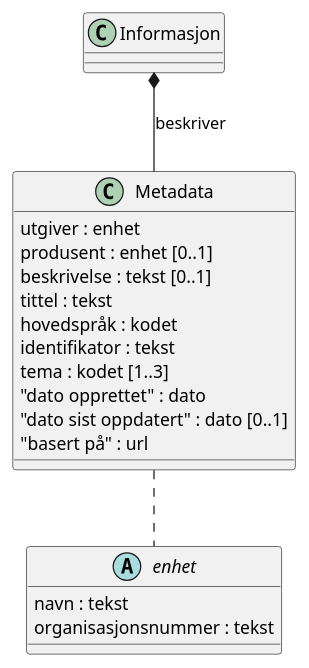
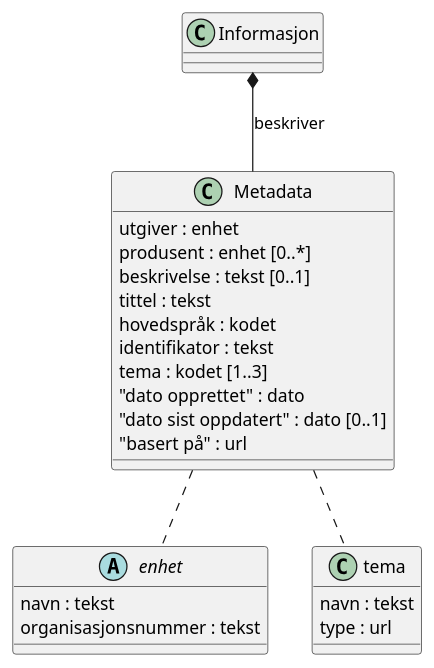
The diagram in veileder.plantuml (rockphotog/hida), drawn with PlantUML before and after one commit. The commit also changed 3 other files, not shown here.

```diff
--- a/veileder.plantuml
+++ b/veileder.plantuml
@@ -1,29 +1,33 @@
 @startuml
 
 
 class Informasjon
 class Metadata {
 utgiver : enhet
-produsent : enhet [0..1]
+produsent : enhet [0..*]
 beskrivelse : tekst [0..1]
 tittel : tekst
 hovedspråk : kodet
 identifikator : tekst
 tema : kodet [1..3]
 "dato opprettet" : dato
 "dato sist oppdatert" : dato [0..1]
 "basert på" : url
 }
 
 abstract class enhet {
 navn : tekst
 organisasjonsnummer : tekst
 }
 
+class tema {
+    navn : tekst
+    type : url
+}
+
 Informasjon *-- Metadata : beskriver
 Metadata .. enhet
-
-
+Metadata .. tema
 
 
 @enduml
```
